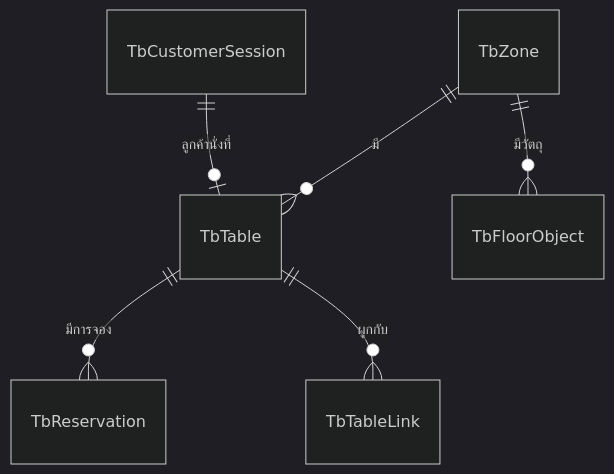
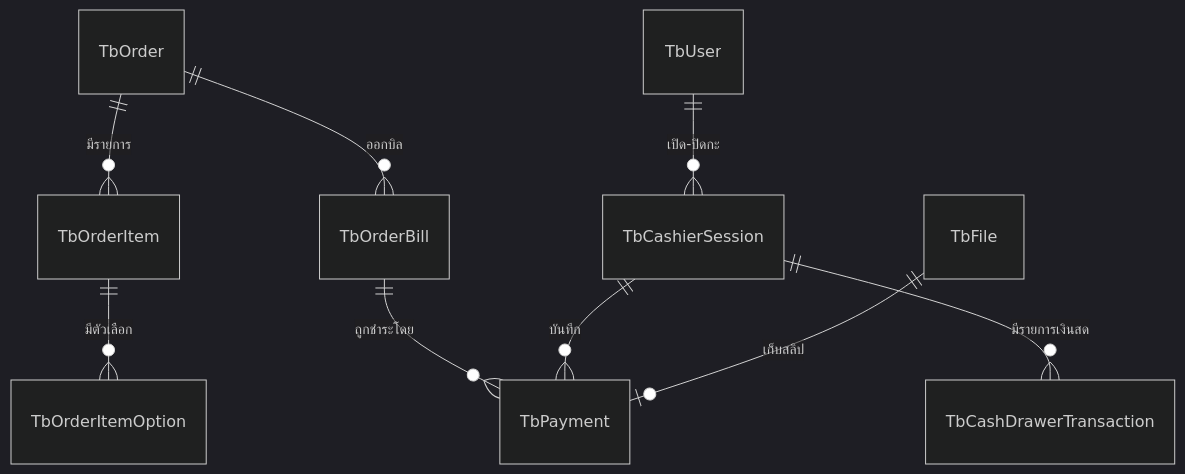
One commit to TurkPhakim/RBMS-POS-Website changed diagram 19 of 20 in doc/report/05-chapter-3-design.md. Above: the diagram before and after it, drawn with Mermaid (dark theme). The commit also changed other lines of this file and 18 other files, not shown here.

````diff
--- a/doc/report/05-chapter-3-design.md
+++ b/doc/report/05-chapter-3-design.md
@@ -698,8 +779,11 @@
 ```mermaid
 erDiagram
-    TbZone ||--o{ TbTable : "มี"
-    TbZone ||--o{ TbFloorObject : "มีวัตถุ"
-    TbTable ||--o{ TbReservation : "มีการจอง"
-    TbTable ||--o{ TbTableLink : "ผูกกับ"
-    TbCustomerSession ||--o| TbTable : "ลูกค้านั่งที่"
+    TbOrder ||--o{ TbOrderItem : "มีรายการ"
+    TbOrderItem ||--o{ TbOrderItemOption : "มีตัวเลือก"
+    TbOrder ||--o{ TbOrderBill : "ออกบิล"
+    TbOrderBill ||--o{ TbPayment : "ถูกชำระโดย"
+    TbCashierSession ||--o{ TbPayment : "บันทึก"
+    TbCashierSession ||--o{ TbCashDrawerTransaction : "มีรายการเงินสด"
+    TbUser ||--o{ TbCashierSession : "เปิด-ปิดกะ"
+    TbFile ||--o| TbPayment : "เก็บสลิป"
 ```
````
